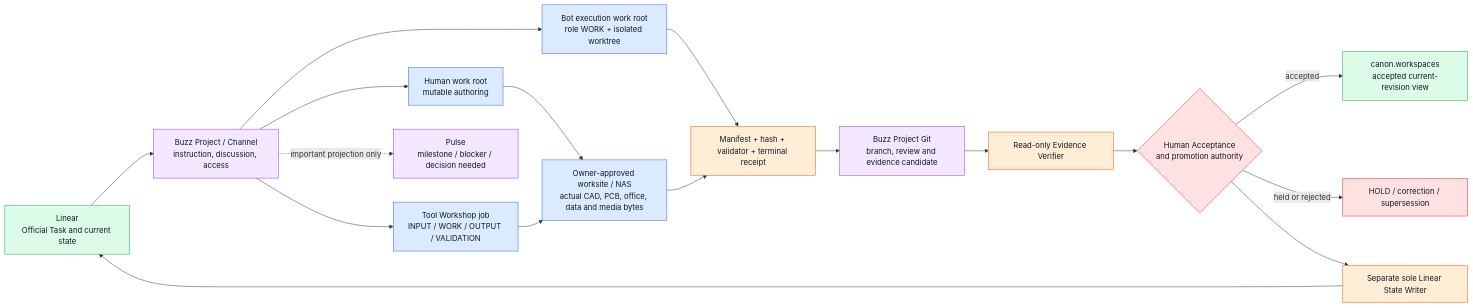
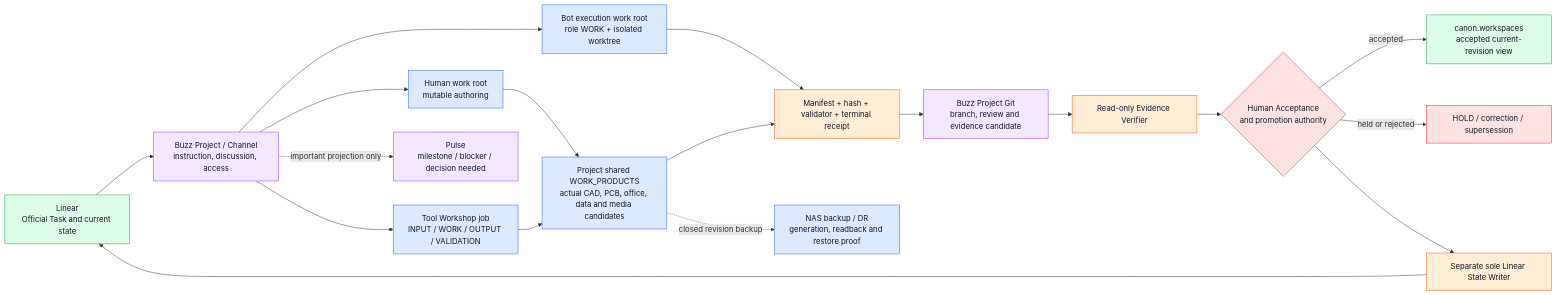
Before and after one commit to SungYongMOON/soulforge: the diagram in docs/architecture/foundation/team_member_engineering_program/07_BUZZ_HERMES_COLLABORATION.md, drawn with Mermaid. The commit also changed other lines of this file and 13 other files, not shown here.

````diff
--- a/docs/architecture/foundation/team_member_engineering_program/07_BUZZ_HERMES_COLLABORATION.md
+++ b/docs/architecture/foundation/team_member_engineering_program/07_BUZZ_HERMES_COLLABORATION.md
@@ -133,36 +134,37 @@
 ```mermaid
 flowchart LR
   L["Linear<br/>Official Task and current state"] --> B["Buzz Project / Channel<br/>instruction, discussion, access"]
 
   B --> H["Human work root<br/>mutable authoring"]
   B --> A["Bot execution work root<br/>role WORK + isolated worktree"]
   B --> T["Tool Workshop job<br/>INPUT / WORK / OUTPUT / VALIDATION"]
 
-  H --> P["Owner-approved worksite / NAS<br/>actual CAD, PCB, office, data and media bytes"]
+  H --> P["Project shared WORK_PRODUCTS<br/>actual CAD, PCB, office, data and media candidates"]
   A --> M["Manifest + hash + validator + terminal receipt"]
   T --> P
   P --> M
   M --> G["Buzz Project Git<br/>branch, review and evidence candidate"]
 
   G --> V["Read-only Evidence Verifier"]
   V --> X{"Human Acceptance<br/>and promotion authority"}
   X -->|accepted| C["canon.workspaces<br/>accepted current-revision view"]
   X -->|held or rejected| R["HOLD / correction / supersession"]
   X --> W["Separate sole Linear State Writer"]
   W --> L
+  P -. closed revision backup .-> N["NAS backup / DR<br/>generation, readback and restore proof"]
 
   B -. important projection only .-> U["Pulse<br/>milestone / blocker / decision needed"]
 
   classDef input fill:#dbeafe,stroke:#2563eb,color:#111827;
   classDef process fill:#ffedd5,stroke:#ea580c,color:#111827;
   classDef collab fill:#f3e8ff,stroke:#9333ea,color:#111827;
   classDef truth fill:#dcfce7,stroke:#16a34a,color:#111827;
   classDef gate fill:#fee2e2,stroke:#dc2626,color:#111827;
   classDef unknown fill:#e5e7eb,stroke:#6b7280,color:#111827;
 
-  class H,A,T,P input;
+  class H,A,T,P,N input;
   class M,V,W process;
   class B,G,U collab;
   class L,C truth;
   class X,R gate;
 ```
````
